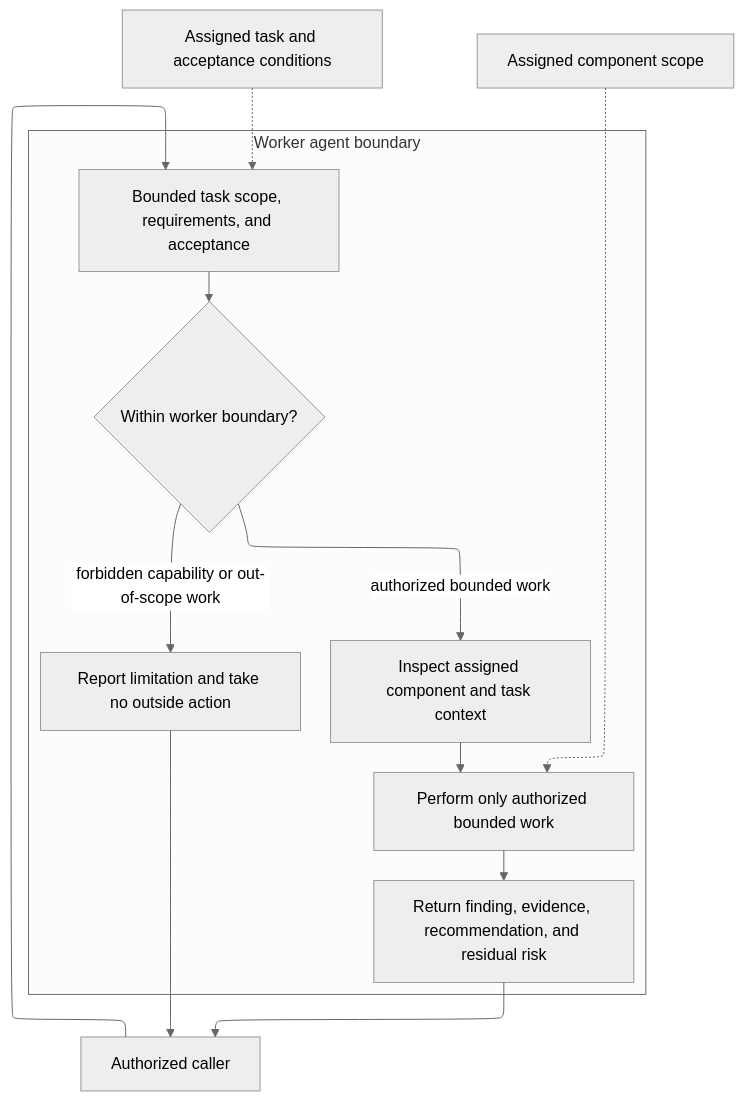
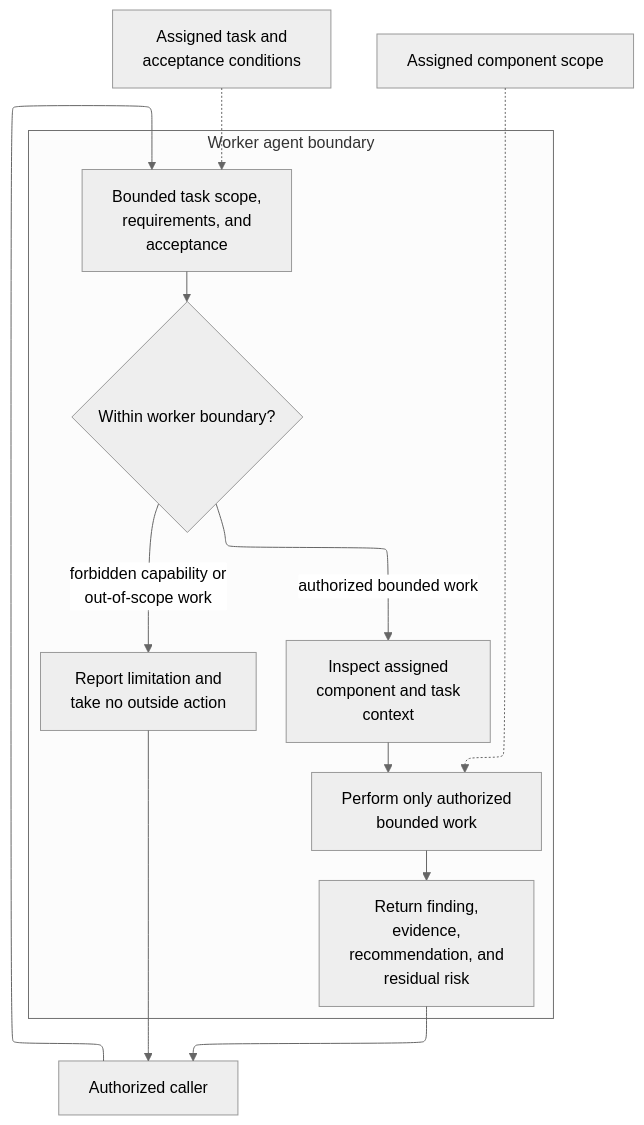
One commit to abstract-business-systems/as-is changed the diagram in agents/worker/as-is.md. Above: the diagram before and after it, drawn with Mermaid (neutral theme). The commit also changed 47 other files, not shown here.

Commit message:
docs(diagrams): improve Mermaid readability validation

````diff
--- a/agents/worker/as-is.md
+++ b/agents/worker/as-is.md
@@ -18,21 +18,21 @@
 ```mermaid
 ---
 config:
   layout: elk
 ---
 flowchart TB
-    Caller["Authorized caller"] --> Request["Bounded task scope, requirements, and acceptance"]
+    Caller["Authorized caller"] --> Request["Bounded task scope,<br/>requirements, and<br/>acceptance"]
 
     subgraph WorkerBoundary["Worker agent boundary"]
         Request --> Boundary{"Within worker boundary?"}
-        Boundary -->|authorized bounded work| Inspect["Inspect assigned component and task context"]
-        Inspect --> Work["Perform only authorized bounded work"]
-        Work --> Report["Return finding, evidence, recommendation, and residual risk"]
-        Boundary -->|forbidden capability or out-of-scope work| Refuse["Report limitation and take no outside action"]
+        Boundary -->|authorized bounded work| Inspect["Inspect assigned<br/>component and task<br/>context"]
+        Inspect --> Work["Perform only authorized<br/>bounded work"]
+        Work --> Report["Return finding,<br/>evidence,<br/>recommendation, and<br/>residual risk"]
+        Boundary -->|forbidden capability or<br/>out-of-scope work| Refuse["Report limitation and<br/>take no outside action"]
     end
 
-    Authority["Assigned task and acceptance conditions"] -.-> Request
+    Authority["Assigned task and<br/>acceptance conditions"] -.-> Request
     Scope["Assigned component scope"] -.-> Work
     Report --> Caller
     Refuse --> Caller
 ```
````
